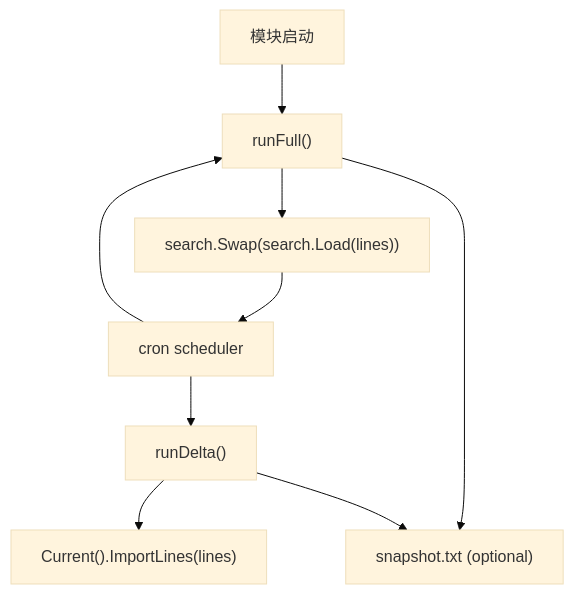
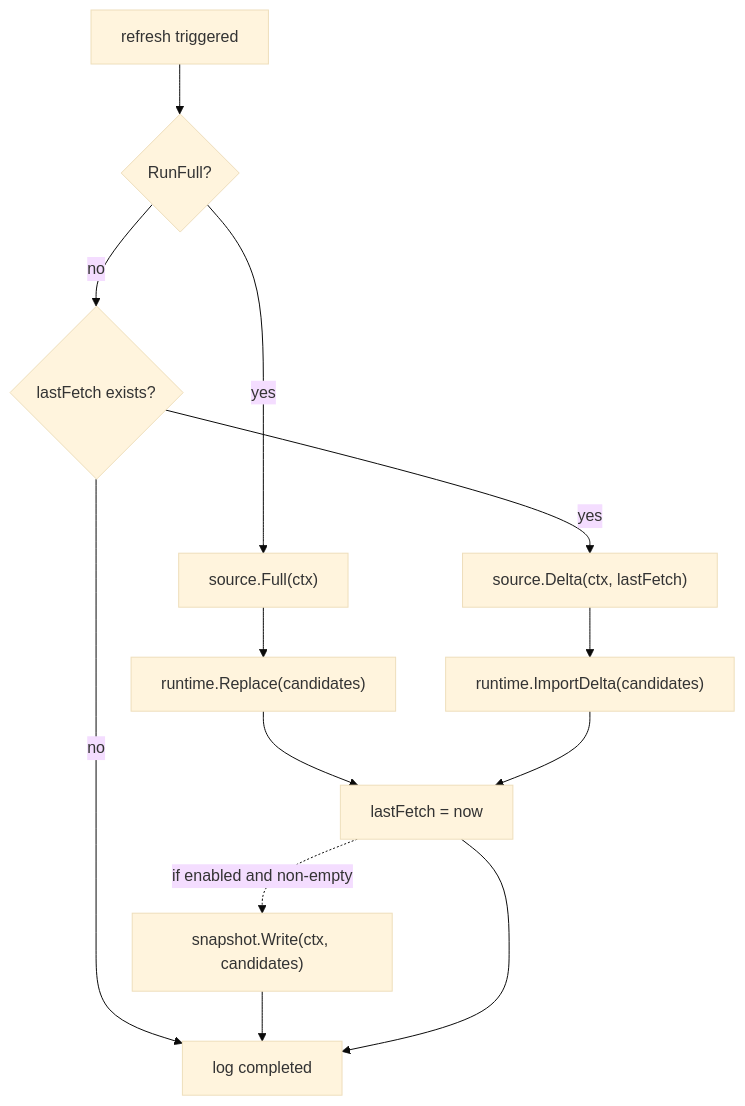
The fourth of 4 diagrams in docs/02-业务域/04-suggest-儿童联想搜索.md (FangcunMount/iam), drawn with Mermaid (base theme) before and after one commit. The commit also changed other lines of this file and 61 other files, not shown here.

````diff
--- a/docs/02-业务域/04-suggest-儿童联想搜索.md
+++ b/docs/02-业务域/04-suggest-儿童联想搜索.md
@@ -195,16 +165,22 @@
 ```mermaid
 flowchart TD
-  Start["模块启动"]
-  Full["runFull()"]
-  Swap["search.Swap(search.Load(lines))"]
-  Cron["cron scheduler"]
-  Delta["runDelta()"]
-  Import["Current().ImportLines(lines)"]
-  Snapshot["snapshot.txt (optional)"]
+    Start["refresh triggered"]
+    Full{"RunFull?"}
+    LoadFull["source.Full(ctx)"]
+    Replace["runtime.Replace(candidates)"]
+    DeltaGate{"lastFetch exists?"}
+    LoadDelta["source.Delta(ctx, lastFetch)"]
+    ImportDelta["runtime.ImportDelta(candidates)"]
+    Mark["lastFetch = now"]
+    Snapshot["snapshot.Write(ctx, candidates)"]
+    Done["log completed"]
 
-  Start --> Full --> Swap --> Cron
-  Full --> Snapshot
-  Cron --> Full
-  Cron --> Delta --> Import
-  Delta --> Snapshot
+    Start --> Full
+    Full -->|yes| LoadFull --> Replace --> Mark
+    Full -->|no| DeltaGate
+    DeltaGate -->|no| Done
+    DeltaGate -->|yes| LoadDelta --> ImportDelta --> Mark
+    Mark -. "if enabled and non-empty" .-> Snapshot
+    Snapshot --> Done
+    Mark --> Done
 ```
````
